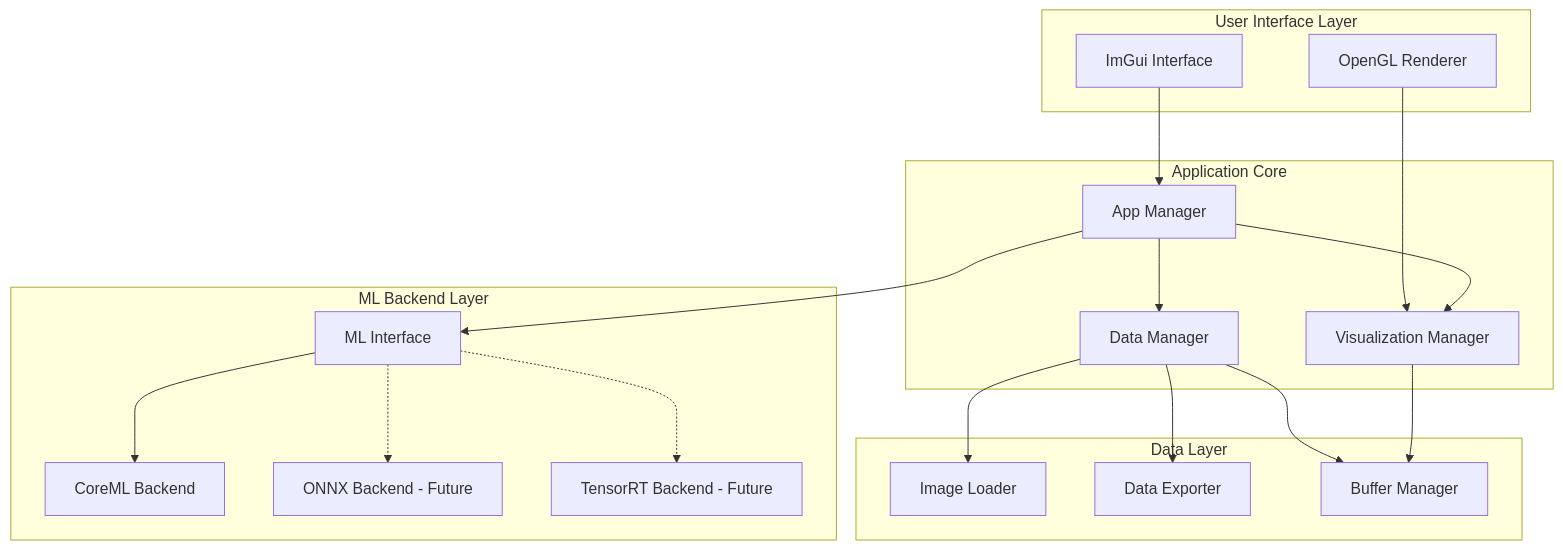
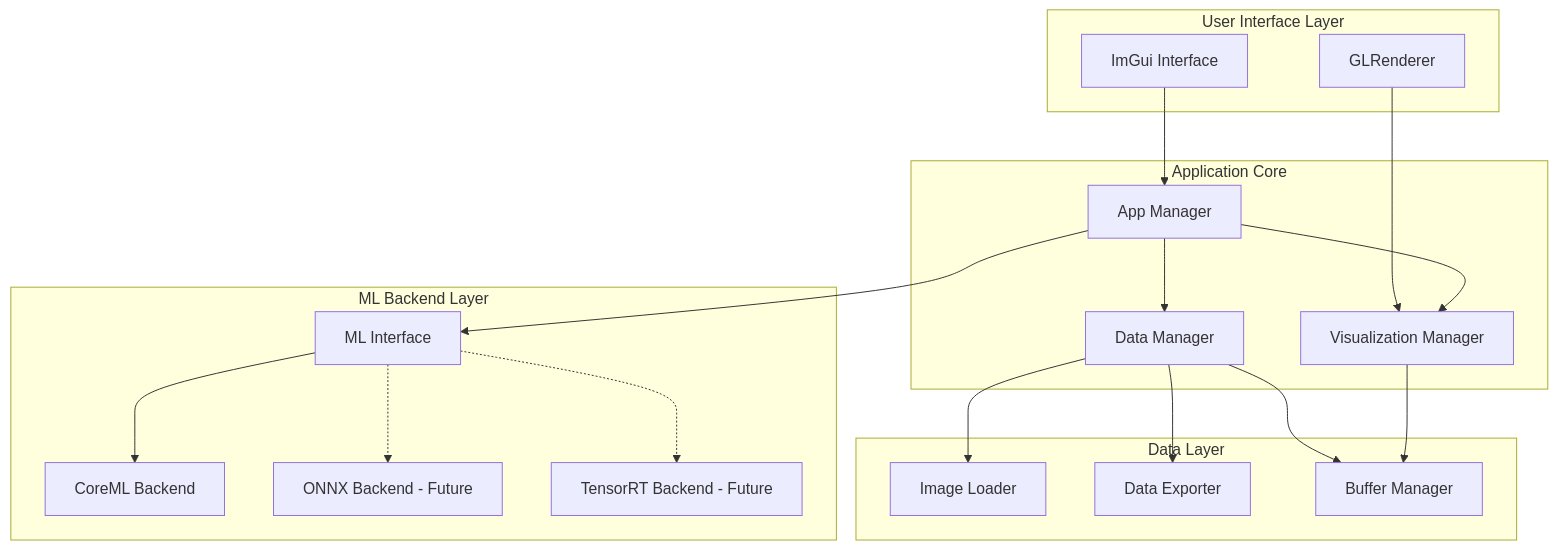
One commit to Echonous-software/ThorNativeMLViewer changed the first of 3 diagrams in docs/architecture.md. Above: the diagram before and after it, drawn with Mermaid. The commit also changed other lines of this file and 4 other files, not shown here.

First line of the commit message:
feat(architecture): enhance ML visualization architecture with data organization and shader-based processing

````diff
--- a/docs/architecture.md
+++ b/docs/architecture.md
@@ -40,39 +40,39 @@
 ```mermaid
 graph TB
     subgraph "User Interface Layer"
         UI[ImGui Interface]
-        GL[OpenGL Renderer]
+        GL[GLRenderer]
     end
     
     subgraph "Application Core"
         AM[App Manager]
         VM[Visualization Manager]
         DM[Data Manager]
     end
     
     subgraph "ML Backend Layer"
         MI[ML Interface]
         CM[CoreML Backend]
         ON[ONNX Backend - Future]
         TR[TensorRT Backend - Future]
     end
     
     subgraph "Data Layer"
         IL[Image Loader]
         DE[Data Exporter]
         BM[Buffer Manager]
     end
     
     UI --> AM
     GL --> VM
     AM --> VM
     AM --> DM
     AM --> MI
     MI --> CM
     MI -.-> ON
     MI -.-> TR
     DM --> IL
     DM --> DE
     DM --> BM
     VM --> BM
 ```
````
